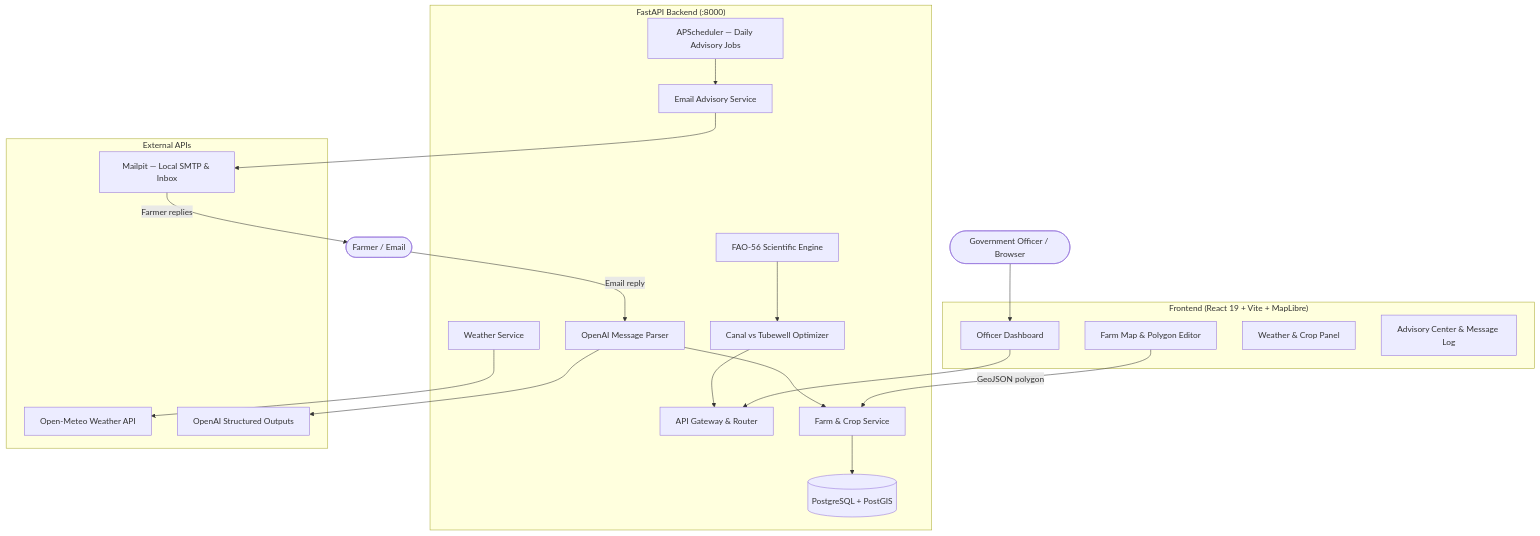
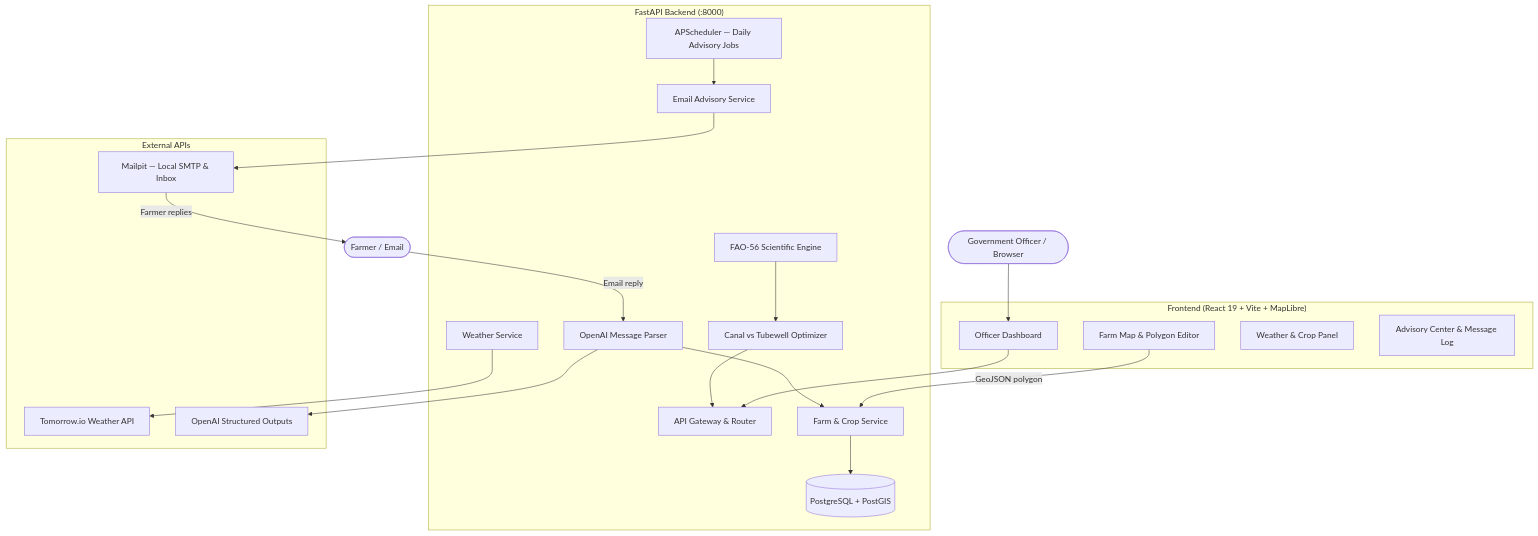
Before and after one commit to hashamtanveer-41/AquaProof_Pakistan: the diagram in README.md, drawn with Mermaid. The commit also changed other lines of this file and 46 other files, not shown here.

````diff
--- a/README.md
+++ b/README.md
@@ -96,44 +96,44 @@
 ```mermaid
 flowchart TD
     Officer([Government Officer / Browser])
     Farmer([Farmer / Email])
 
     subgraph Frontend ["Frontend (React 19 + Vite + MapLibre)"]
         Dashboard[Officer Dashboard]
         MapEditor[Farm Map & Polygon Editor]
         WeatherPanel[Weather & Crop Panel]
         AdvisoryUI[Advisory Center & Message Log]
     end
 
     subgraph Backend ["FastAPI Backend (:8000)"]
         Router[API Gateway & Router]
         FarmSvc[Farm & Crop Service]
         SciEngine[FAO-56 Scientific Engine]
         Optimizer[Canal vs Tubewell Optimizer]
         WeatherSvc[Weather Service]
         AISvc[OpenAI Message Parser]
         EmailSvc[Email Advisory Service]
         Scheduler[APScheduler — Daily Advisory Jobs]
         DB[(PostgreSQL + PostGIS)]
     end
 
     subgraph External ["External APIs"]
-        OpenMeteo[Open-Meteo Weather API]
+        Tomorrow[Tomorrow.io Weather API]
         OpenAI[OpenAI Structured Outputs]
         Mailpit[Mailpit — Local SMTP & Inbox]
     end
 
     Officer --> Dashboard
     Dashboard --> Router
     MapEditor -->|GeoJSON polygon| FarmSvc
     FarmSvc --> DB
-    WeatherSvc --> OpenMeteo
+    WeatherSvc --> Tomorrow
     SciEngine --> Optimizer
     Optimizer --> Router
     Scheduler --> EmailSvc
     EmailSvc --> Mailpit
     Mailpit -->|Farmer replies| Farmer
     Farmer -->|Email reply| AISvc
     AISvc --> OpenAI
     AISvc --> FarmSvc
 ```
````
